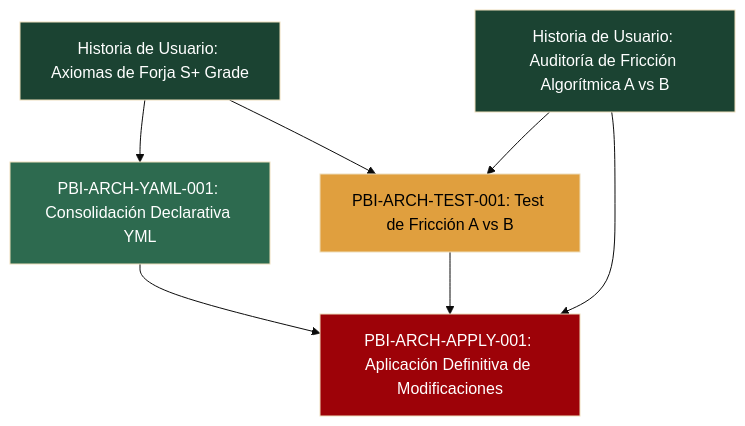
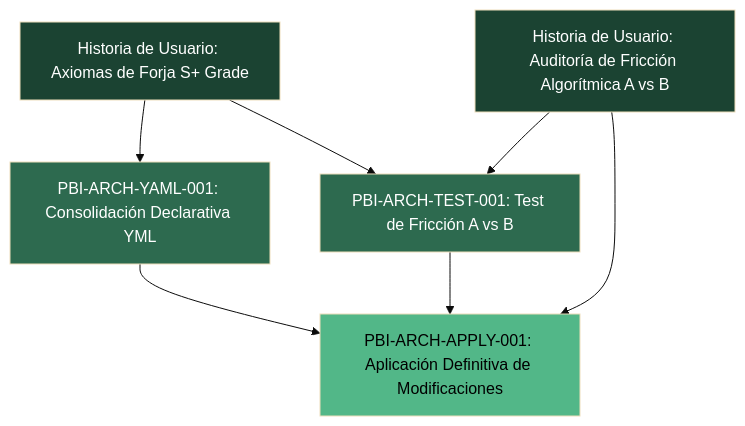
The second of 2 diagrams in Documentacion/PBI/Pendiente/PBI - Aplicación Definitiva de Modificaciones Arquitectónicas Post-Veredicto.md (racso80es/BarcelonaXplorer), drawn with Mermaid (base theme) before and after one commit. The commit also changed other lines of this file and 1 other file, not shown here.

Commit message:
docs(architecture): emitir informe de auditoria AUD-ARCH-FRIC-001 y forjar plan oficial de refactorizacion en PBI-ARCH-APPLY-001

````diff
--- a/Documentacion/PBI/Pendiente/PBI - Aplicación Definitiva de Modificaciones Arquitectónicas Post-Veredicto.md
+++ b/Documentacion/PBI/Pendiente/PBI - Aplicación Definitiva de Modificaciones Arquitectónicas Post-Veredicto.md
@@ -446,23 +626,23 @@
 ```mermaid
 graph TD
     HU1["Historia de Usuario: Axiomas de Forja S+ Grade"]
     HU2["Historia de Usuario: Auditoría de Fricción Algorítmica A vs B"]
     
     PBI1["PBI-ARCH-YAML-001: Consolidación Declarativa YML"]
     PBI2["PBI-ARCH-TEST-001: Test de Fricción A vs B"]
     PBI3["PBI-ARCH-APPLY-001: Aplicación Definitiva de Modificaciones"]
 
     HU1 --> PBI1
     HU1 --> PBI2
     HU2 --> PBI2
     HU2 --> PBI3
     
     PBI1 --> PBI3
     PBI2 --> PBI3
 
     style HU1 fill:#1b4332,color:#fff
     style HU2 fill:#1b4332,color:#fff
     style PBI1 fill:#2d6a4f,color:#fff
-    style PBI2 fill:#e09f3e,color:#000
-    style PBI3 fill:#9d0208,color:#fff
+    style PBI2 fill:#2d6a4f,color:#fff
+    style PBI3 fill:#52b788,color:#000
 ```
````
